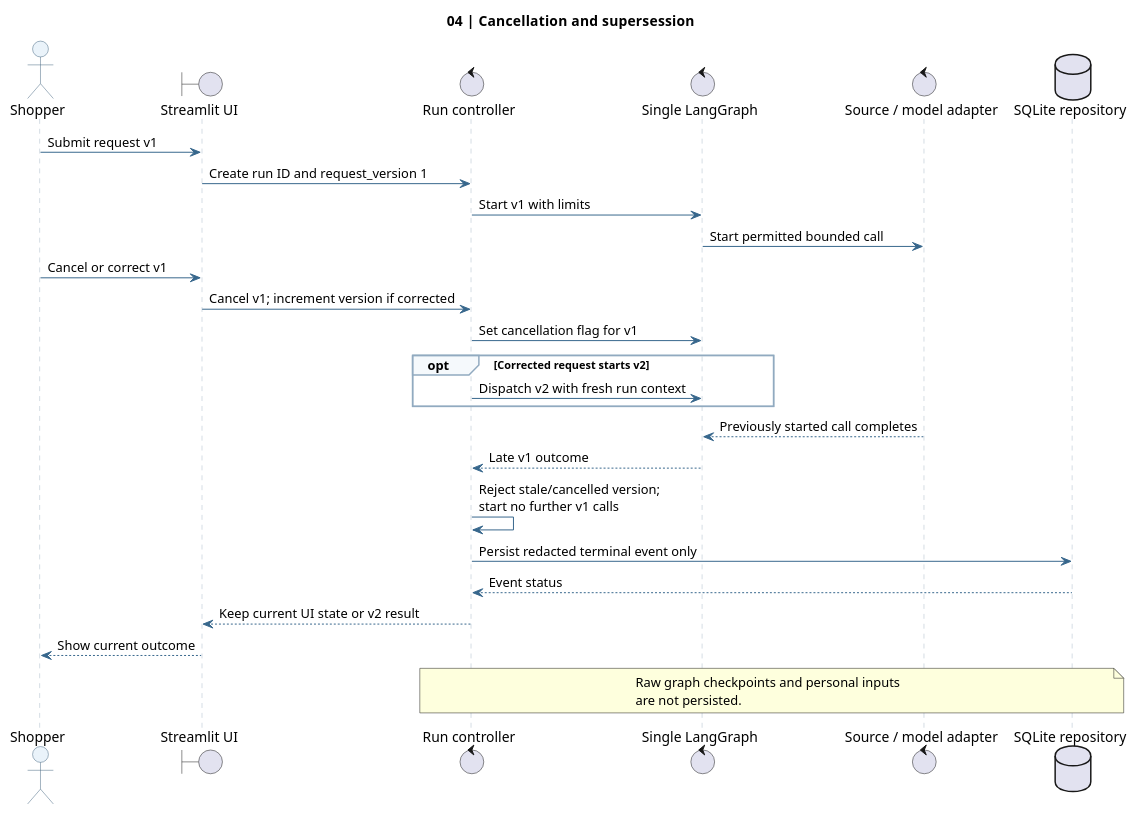
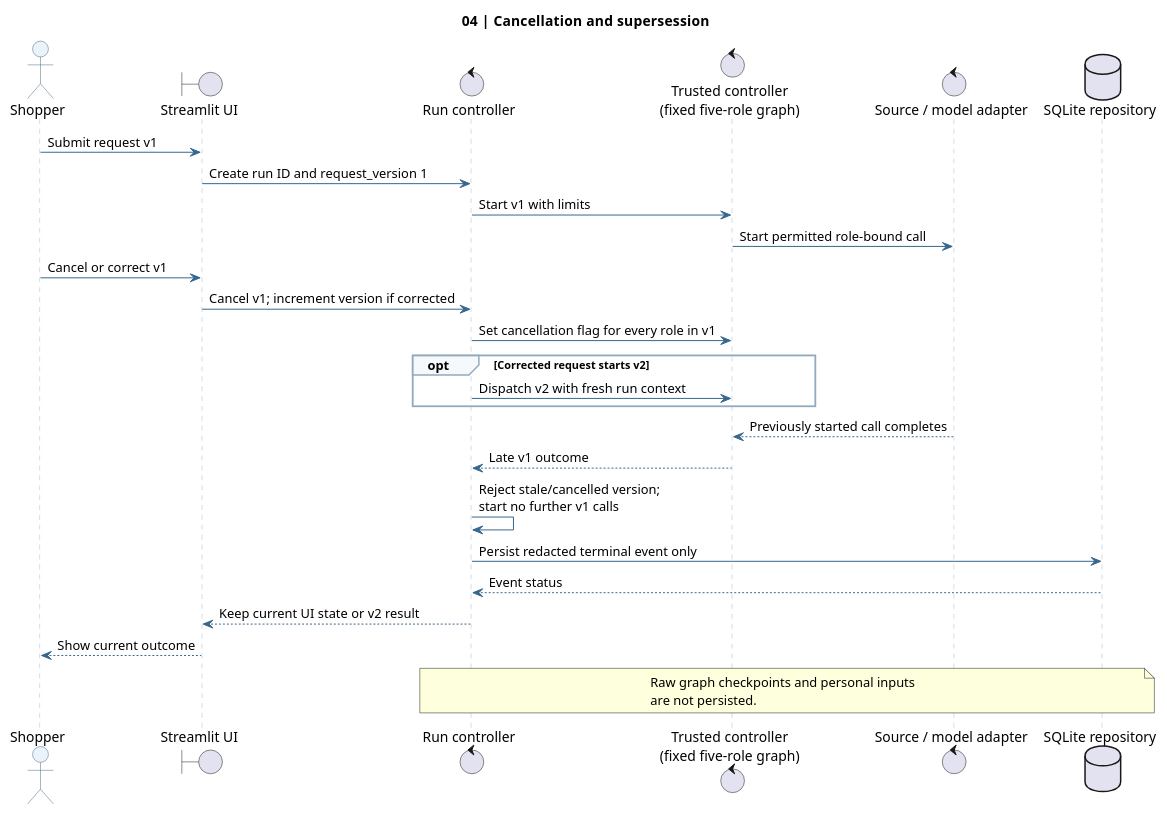
The diagram in docs/architecture/cancellation.puml (shuklasaket/cosmetics-product-advisor), drawn with PlantUML before and after one commit. The commit also changed 24 other files, not shown here.

First line of the commit message:
docs(repo): define bounded five-role architecture (#43)

```diff
--- a/docs/architecture/cancellation.puml
+++ b/docs/architecture/cancellation.puml
@@ -1,50 +1,50 @@
 @startuml
 title 04  |  Cancellation and supersession
 
 skinparam backgroundColor #FFFFFF
 skinparam defaultFontName Arial
 skinparam sequence {
   ArrowColor #37678C
   LifeLineBorderColor #A9BAC8
   ParticipantBorderColor #476782
   ParticipantBackgroundColor #EAF3FA
   ActorBorderColor #476782
   ActorBackgroundColor #EAF3FA
   GroupBorderColor #91AAC0
   GroupBackgroundColor #F5F9FC
   NoteBorderColor #D7B766
   NoteBackgroundColor #FFF8E7
 }
 
 actor Shopper
 boundary "Streamlit UI" as UI
 control "Run controller" as Controller
-control "Single LangGraph" as Graph
+control "Trusted controller\n(fixed five-role graph)" as Graph
 control "Source / model adapter" as Adapter
 database "SQLite repository" as Store
 
 Shopper -> UI: Submit request v1
 UI -> Controller: Create run ID and request_version 1
 Controller -> Graph: Start v1 with limits
-Graph -> Adapter: Start permitted bounded call
+Graph -> Adapter: Start permitted role-bound call
 
 Shopper -> UI: Cancel or correct v1
 UI -> Controller: Cancel v1; increment version if corrected
-Controller -> Graph: Set cancellation flag for v1
+Controller -> Graph: Set cancellation flag for every role in v1
 opt Corrected request starts v2
   Controller -> Graph: Dispatch v2 with fresh run context
 end
 
 Adapter --> Graph: Previously started call completes
 Graph --> Controller: Late v1 outcome
 Controller -> Controller: Reject stale/cancelled version;\nstart no further v1 calls
 Controller -> Store: Persist redacted terminal event only
 Store --> Controller: Event status
 Controller --> UI: Keep current UI state or v2 result
 UI --> Shopper: Show current outcome
 
 note over Controller, Store
   Raw graph checkpoints and personal inputs
   are not persisted.
 end note
 @enduml
```
